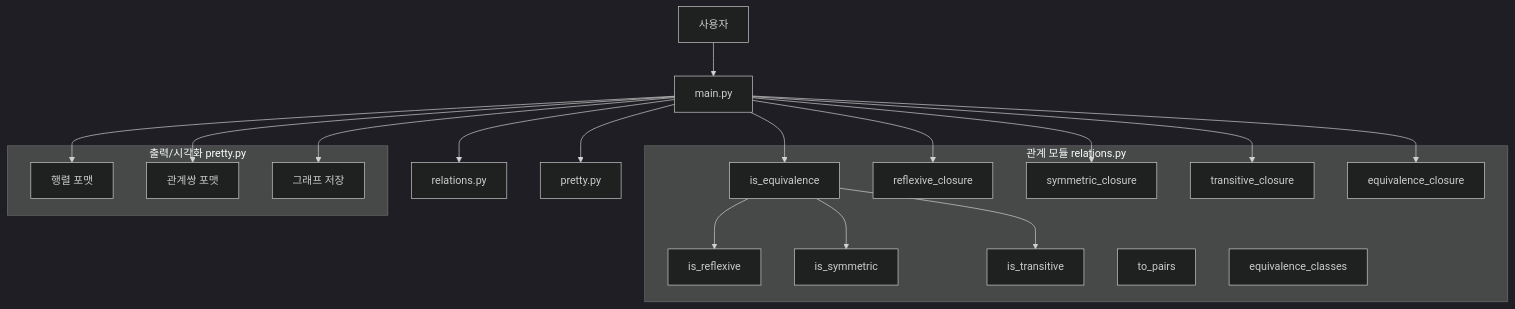
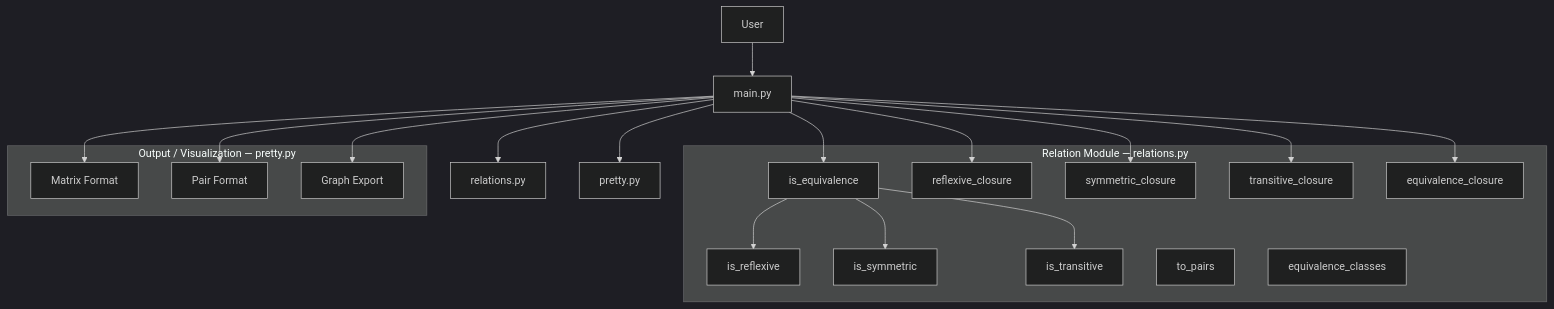
One commit to mrpc2003/Equivalence-Relationship-Discriminator changed the first of 2 diagrams in README.md. Above: the diagram before and after it, drawn with Mermaid (dark theme). The commit also changed other lines of this file and 1 other file, not shown here.

````diff
--- a/README.md
+++ b/README.md
@@ -46,39 +34,39 @@
 ```mermaid
 graph TD
-  U[사용자] --> M[main.py]
+  U[User] --> M[main.py]
   M --> R[relations.py]
   M --> P[pretty.py]
 
-  subgraph REL [관계 모듈 relations.py]
+  subgraph REL [Relation Module — relations.py]
     IR[is_reflexive]
     IS[is_symmetric]
     IT[is_transitive]
     IE[is_equivalence]
     RC[reflexive_closure]
     SC[symmetric_closure]
     TC[transitive_closure]
     EC[equivalence_closure]
     TP[to_pairs]
     CLS[equivalence_classes]
   end
 
-  subgraph PRETTY [출력/시각화 pretty.py]
-    FM[행렬 포맷]
-    FP[관계쌍 포맷]
-    DG[그래프 저장]
+  subgraph PRETTY [Output / Visualization — pretty.py]
+    FM[Matrix Format]
+    FP[Pair Format]
+    DG[Graph Export]
   end
 
   M --> IE
   IE --> IR
   IE --> IS
   IE --> IT
 
   M --> RC
   M --> SC
   M --> TC
   M --> EC
 
   M --> FM
   M --> FP
   M --> DG
 ```
````
